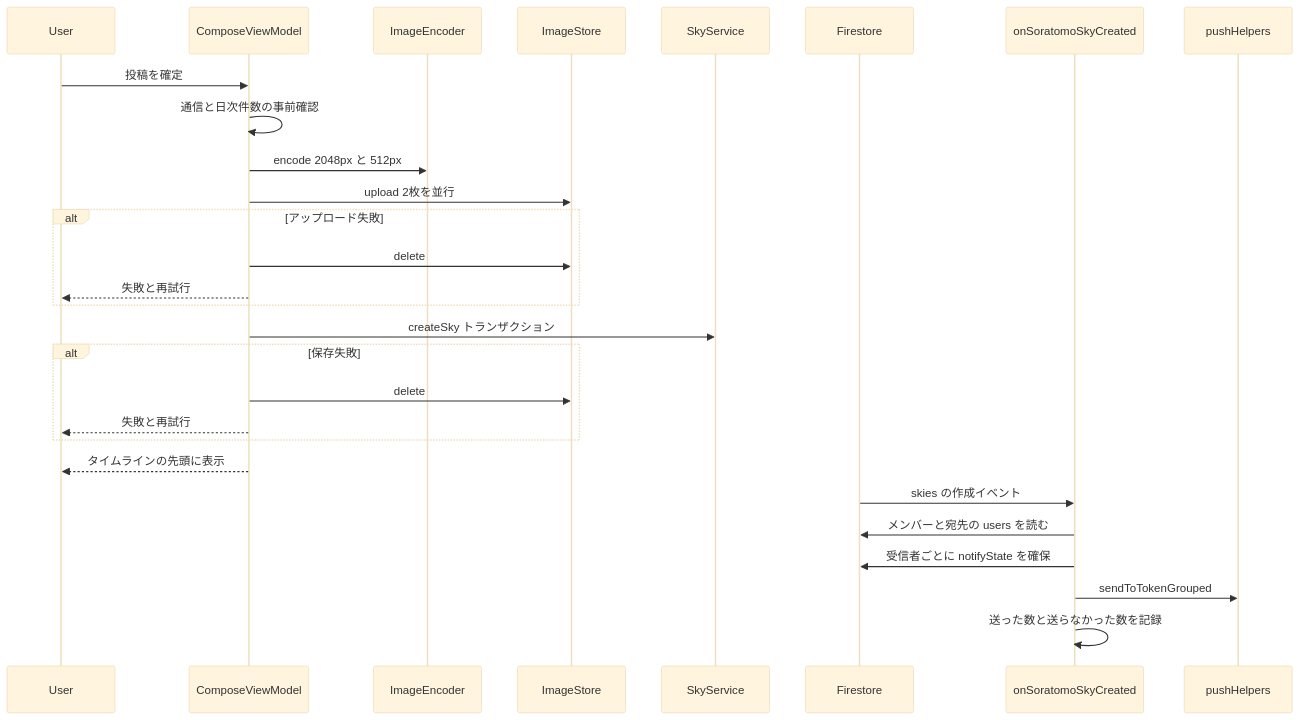
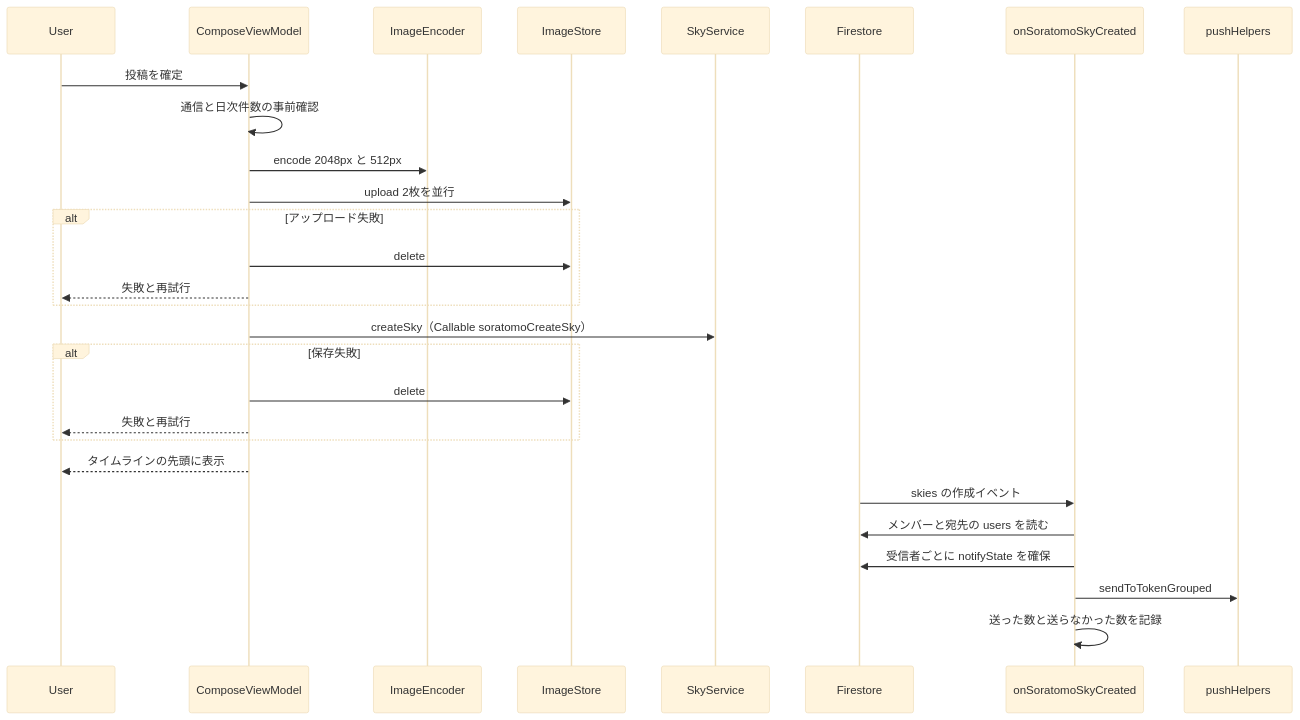
One commit to kamui00002/soramoyou changed the third of 7 diagrams in .kiro/specs/soratomo/design.md. Above: the diagram before and after it, drawn with Mermaid (base theme). The commit also changed other lines of this file and 73 other files, not shown here.

````diff
--- a/.kiro/specs/soratomo/design.md
+++ b/.kiro/specs/soratomo/design.md
@@ -212,30 +212,30 @@
 ```mermaid
 sequenceDiagram
     participant User
     participant Compose as ComposeViewModel
     participant Enc as ImageEncoder
     participant Store as ImageStore
     participant Sky as SkyService
     participant DB as Firestore
     participant Trig as onSoratomoSkyCreated
     participant Push as pushHelpers
     User->>Compose: 投稿を確定
     Compose->>Compose: 通信と日次件数の事前確認
     Compose->>Enc: encode 2048px と 512px
     Compose->>Store: upload 2枚を並行
     alt アップロード失敗
         Compose->>Store: delete
         Compose-->>User: 失敗と再試行
     end
-    Compose->>Sky: createSky トランザクション
+    Compose->>Sky: createSky（Callable soratomoCreateSky）
     alt 保存失敗
         Compose->>Store: delete
         Compose-->>User: 失敗と再試行
     end
     Compose-->>User: タイムラインの先頭に表示
     DB->>Trig: skies の作成イベント
     Trig->>DB: メンバーと宛先の users を読む
     Trig->>DB: 受信者ごとに notifyState を確保
     Trig->>Push: sendToTokenGrouped
     Trig->>Trig: 送った数と送らなかった数を記録
 ```
````
